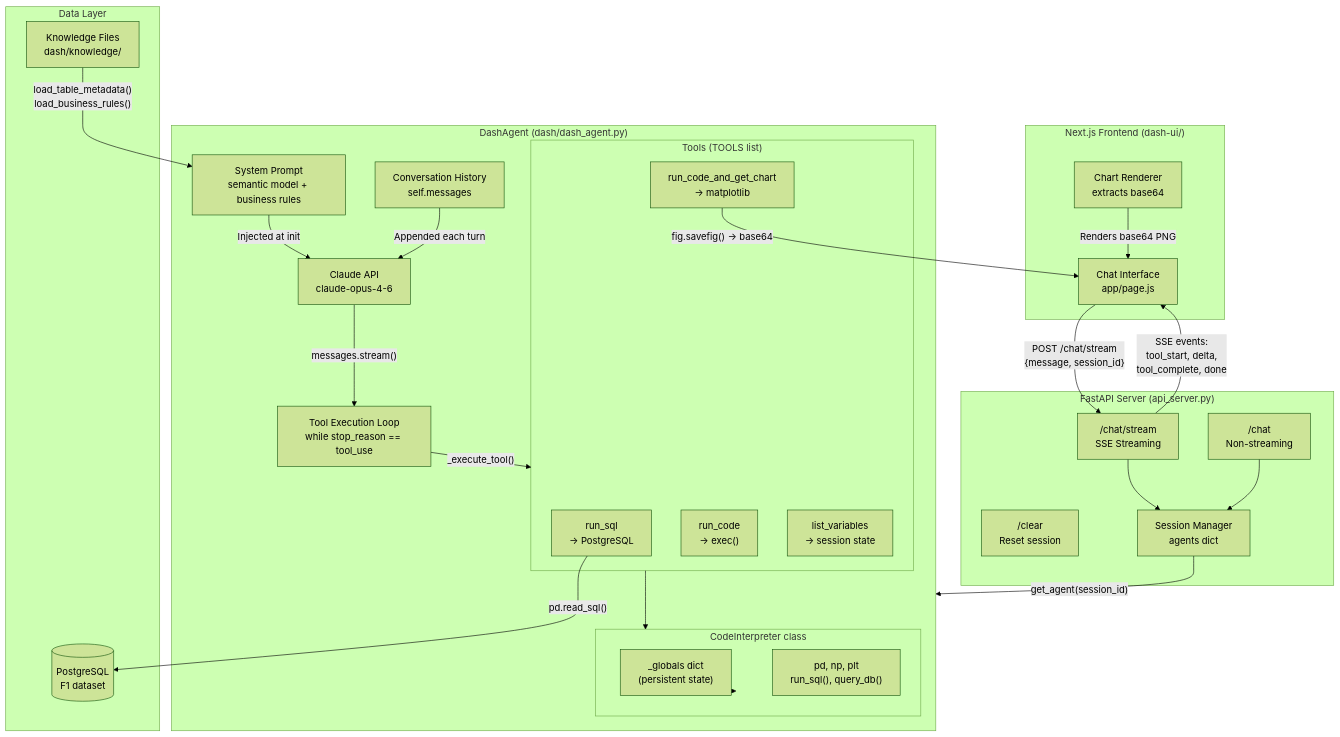
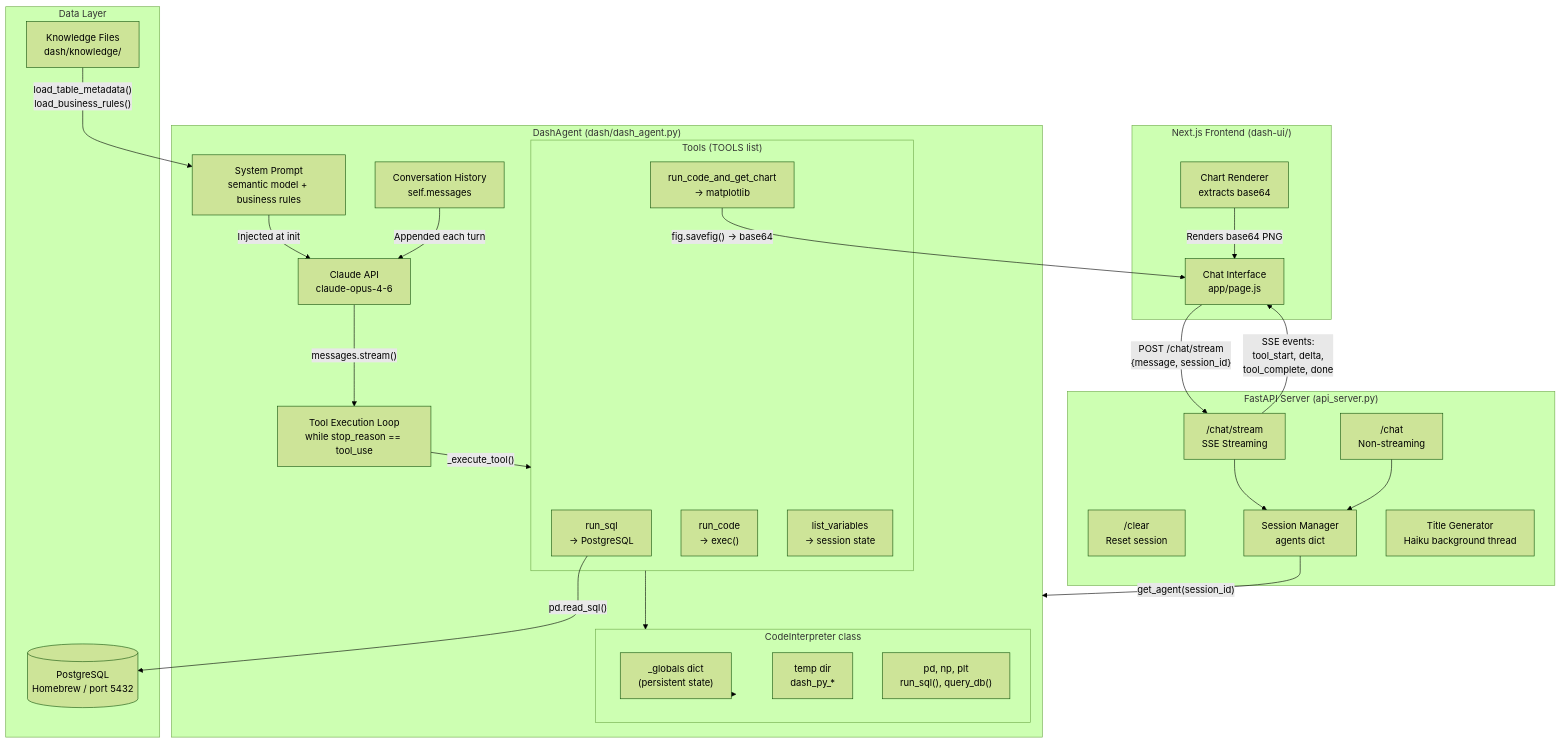
Before and after one commit to vibedatascience/dash_trial: the first of 2 diagrams in CLAUDE.md, drawn with Mermaid (forest theme). The commit also changed other lines of this file, not shown here.

Commit message:
Update CLAUDE.md: Homebrew Postgres, session isolation, temp dirs, Haiku titles

````diff
--- a/CLAUDE.md
+++ b/CLAUDE.md
@@ -11,58 +11,60 @@
 ```mermaid
 flowchart TB
     subgraph Frontend ["Next.js Frontend (dash-ui/)"]
         UI[Chat Interface<br/>app/page.js]
         ChartRenderer[Chart Renderer<br/>extracts base64]
     end
 
     subgraph API ["FastAPI Server (api_server.py)"]
         SSE["/chat/stream"<br/>SSE Streaming]
         REST["/chat"<br/>Non-streaming]
         Clear["/clear"<br/>Reset session]
         SessionMgr[Session Manager<br/>agents dict]
+        TitleGen[Title Generator<br/>Haiku background thread]
     end
 
     subgraph Agent ["DashAgent (dash/dash_agent.py)"]
         Claude[Claude API<br/>claude-opus-4-6]
         ToolLoop[Tool Execution Loop<br/>while stop_reason == tool_use]
         History[Conversation History<br/>self.messages]
         SystemPrompt[System Prompt<br/>semantic model + business rules]
 
         subgraph Tools ["Tools (TOOLS list)"]
             RunSQL["run_sql<br/>→ PostgreSQL"]
             RunCode["run_code<br/>→ exec()"]
             RunChart["run_code_and_get_chart<br/>→ matplotlib"]
             ListVars["list_variables<br/>→ session state"]
         end
 
         subgraph Interpreter ["CodeInterpreter class"]
             Globals["_globals dict<br/>(persistent state)"]
+            TempDir["temp dir<br/>dash_py_*"]
             PreLoaded["pd, np, plt<br/>run_sql(), query_db()"]
         end
     end
 
     subgraph Data ["Data Layer"]
-        Postgres[(PostgreSQL<br/>F1 dataset)]
+        Postgres[(PostgreSQL<br/>Homebrew / port 5432)]
         Knowledge["Knowledge Files<br/>dash/knowledge/"]
     end
 
     UI -->|"POST /chat/stream<br/>{message, session_id}"| SSE
     SSE -->|"SSE events:<br/>tool_start, delta,<br/>tool_complete, done"| UI
     ChartRenderer -->|"Renders base64 PNG"| UI
 
     REST --> SessionMgr
     SSE --> SessionMgr
     SessionMgr -->|"get_agent(session_id)"| Agent
 
     SystemPrompt -->|"Injected at init"| Claude
     Claude -->|"messages.stream()"| ToolLoop
     ToolLoop -->|"_execute_tool()"| Tools
     Tools --> Interpreter
     Interpreter --> Globals
 
     RunSQL -->|"pd.read_sql()"| Postgres
     RunChart -->|"fig.savefig() → base64"| UI
 
     Knowledge -->|"load_table_metadata()<br/>load_business_rules()"| SystemPrompt
     History -->|"Appended each turn"| Claude
 ```
````
